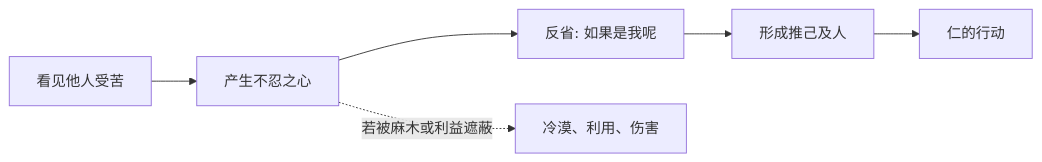
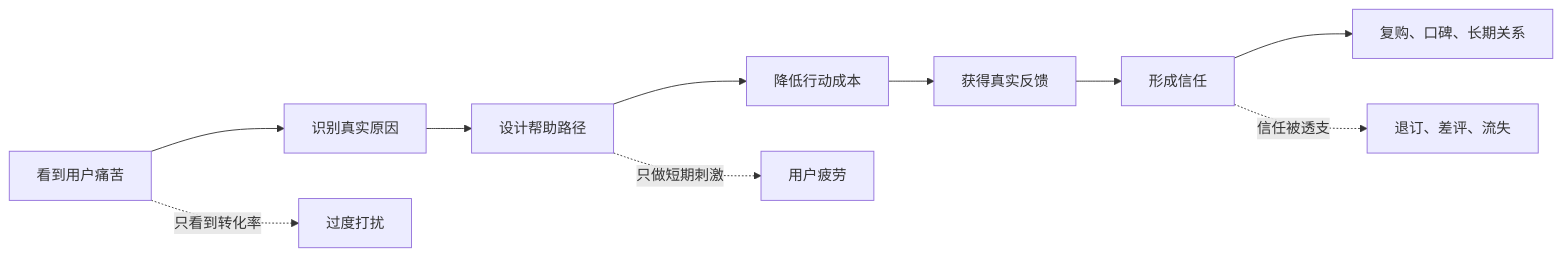
Before and after one commit to digoal/blog: the second of 2 diagrams in 202605/20260518_18.md, drawn with Mermaid. The commit also changed other lines of this file and 26 other files, not shown here.

````diff
--- a/202605/20260518_18.md
+++ b/202605/20260518_18.md
@@ -22,8 +176,13 @@
 ```mermaid
 flowchart LR
-  A["看见他人受苦"] --> B["产生不忍之心"]
-  B --> C["反省: 如果是我呢"]
-  C --> D["形成推己及人"]
-  D --> E["仁的行动"]
-  B -. "若被麻木或利益遮蔽" .-> F["冷漠、利用、伤害"]
+  A["看到用户痛苦"] --> B["识别真实原因"]
+  B --> C["设计帮助路径"]
+  C --> D["降低行动成本"]
+  D --> E["获得真实反馈"]
+  E --> F["形成信任"]
+  F --> G["复购、口碑、长期关系"]
+
+  A -. "只看到转化率" .-> H["过度打扰"]
+  C -. "只做短期刺激" .-> I["用户疲劳"]
+  F -. "信任被透支" .-> J["退订、差评、流失"]
 ```
````
